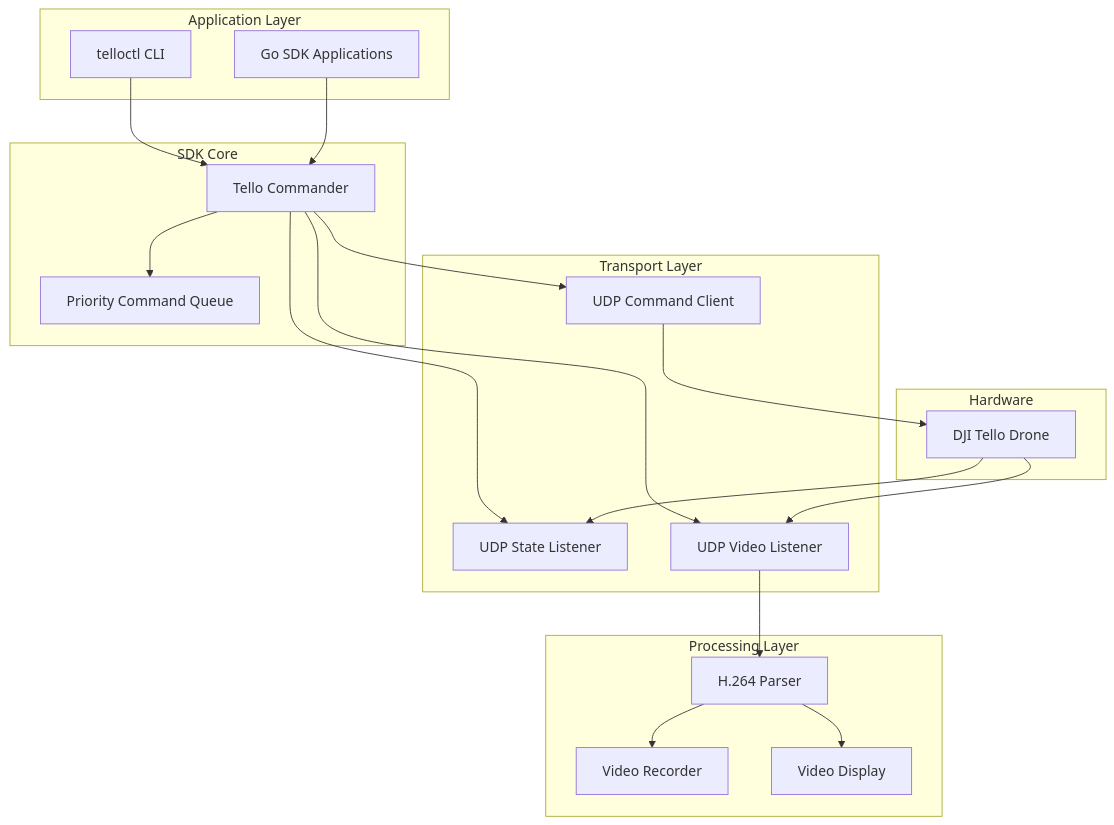
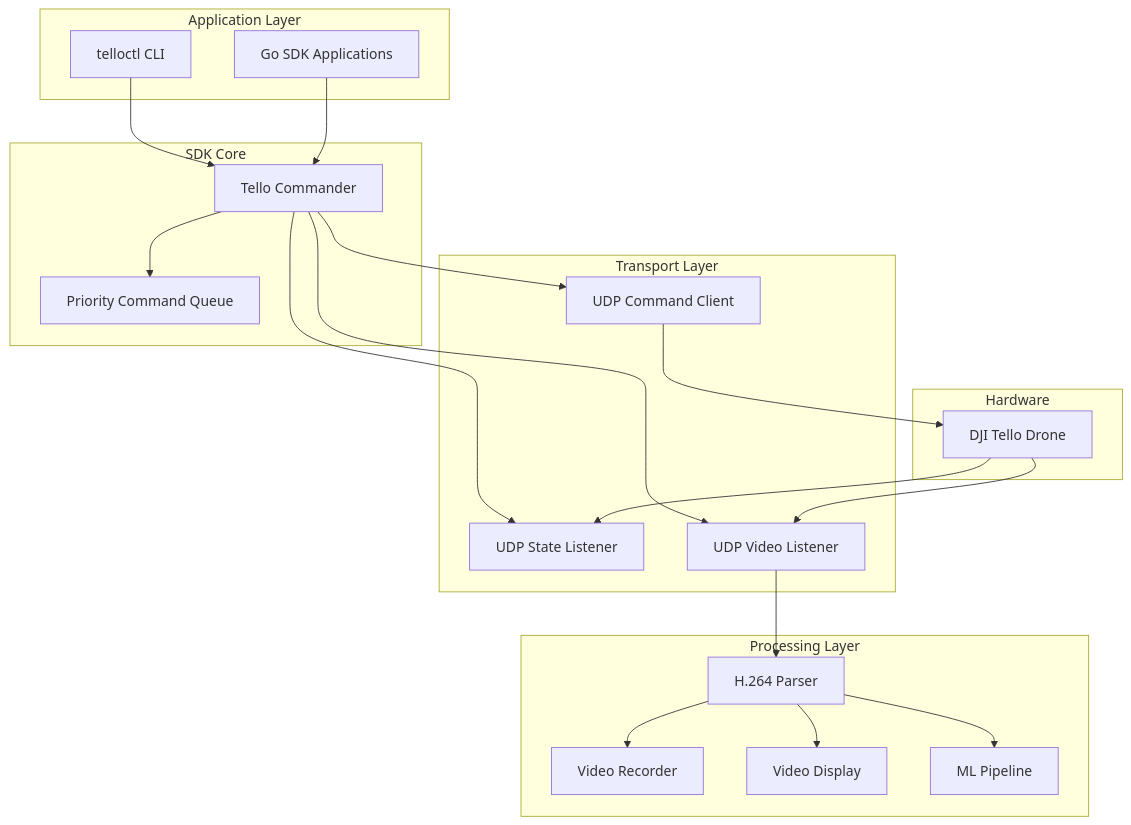
One commit to ConceptCodes/dji-tello-sdk changed the first of 4 diagrams in readme.md. Above: the diagram before and after it, drawn with Mermaid. The commit also changed other lines of this file and 25 other files, not shown here.

````diff
--- a/readme.md
+++ b/readme.md
@@ -82,41 +95,43 @@
 ```mermaid
 graph TD
     subgraph Application["Application Layer"]
         CLI[telloctl CLI]
         SDK[Go SDK Applications]
     end
     
     subgraph Core["SDK Core"]
         CMDR[Tello Commander]
         QUEUE[Priority Command Queue]
     end
     
     subgraph Transport["Transport Layer"]
         UDP_CMD[UDP Command Client]
         UDP_STATE[UDP State Listener]
         UDP_VIDEO[UDP Video Listener]
     end
     
     subgraph Processing["Processing Layer"]
         H264[H.264 Parser]
         REC[Video Recorder]
         GUI[Video Display]
+        ML[ML Pipeline]
     end
     
     subgraph Hardware["Hardware"]
         DRONE[DJI Tello Drone]
     end
     
     CLI --> CMDR
     SDK --> CMDR
     CMDR --> QUEUE
     CMDR --> UDP_CMD
     CMDR --> UDP_STATE
     CMDR --> UDP_VIDEO
     UDP_VIDEO --> H264
     H264 --> REC
     H264 --> GUI
+    H264 --> ML
     UDP_CMD --> DRONE
     DRONE --> UDP_STATE
     DRONE --> UDP_VIDEO
 ```
````
